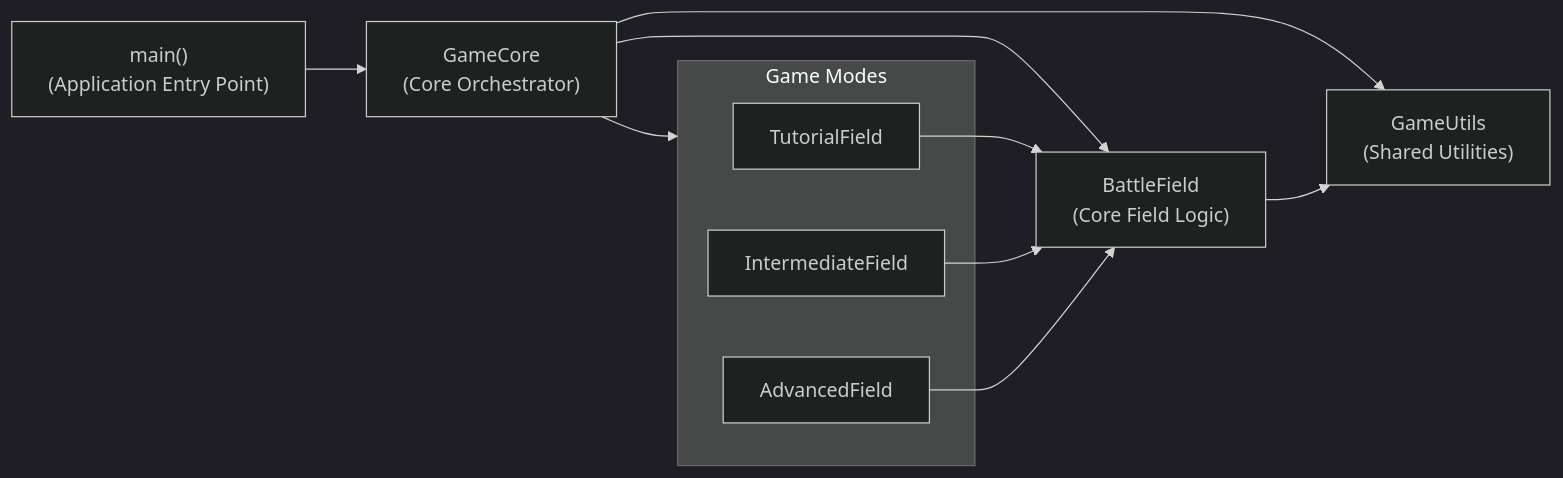
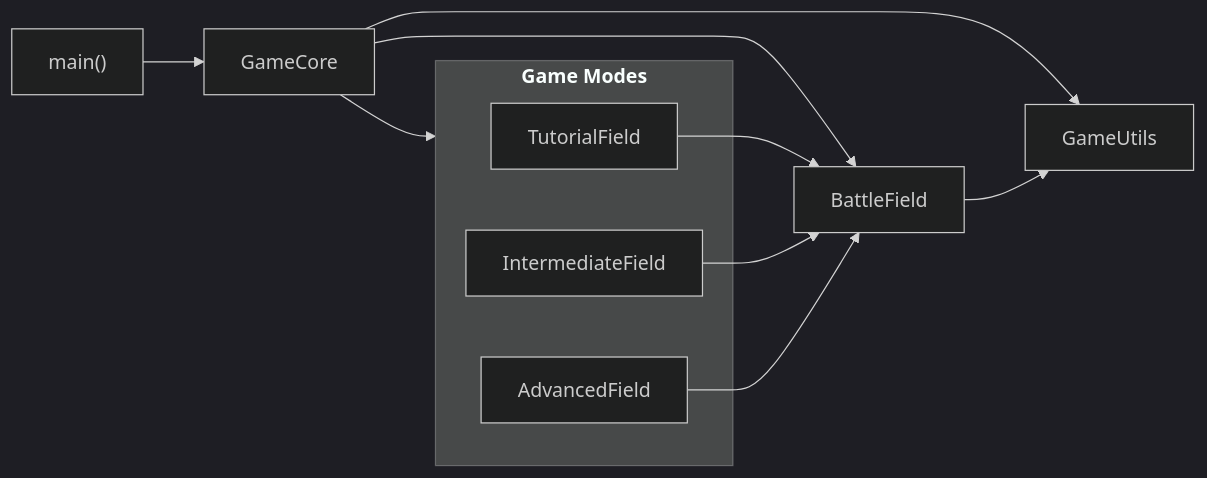
One commit to marseilodev/battleship changed the first of 2 diagrams in docs/ARCHITECTURE.md. Above: the diagram before and after it, drawn with Mermaid. The commit also changed 4 other files, not shown here.

````diff
--- a/docs/ARCHITECTURE.md
+++ b/docs/ARCHITECTURE.md
@@ -45,31 +45,31 @@
 ```mermaid
 ---
 config:
   theme: dark
 ---
 flowchart LR
 
-  Main["main()\n(Application Entry Point)"]
-  GameCore["GameCore\n(Core Orchestrator)"]
-  BattleField["BattleField\n(Core Field Logic)"]
+  Main["main()"]
+  GameCore["GameCore"]
+  BattleField["BattleField"]
 
-  subgraph Modes["Game Modes"]
+  subgraph Modes["`**Game Modes**`"]
     Tutorial["TutorialField"]
     Intermediate["IntermediateField"]
     Advanced["AdvancedField"]
   end
 
-  Utils["GameUtils\n(Shared Utilities)"]
+  Utils["GameUtils"]
 
   %% Relationships
   Main --> GameCore
   GameCore --> BattleField
   GameCore --> Modes
   GameCore --> Utils
 
   Tutorial --> BattleField
   Intermediate --> BattleField
   Advanced --> BattleField
 
   BattleField --> Utils
 ```
````
